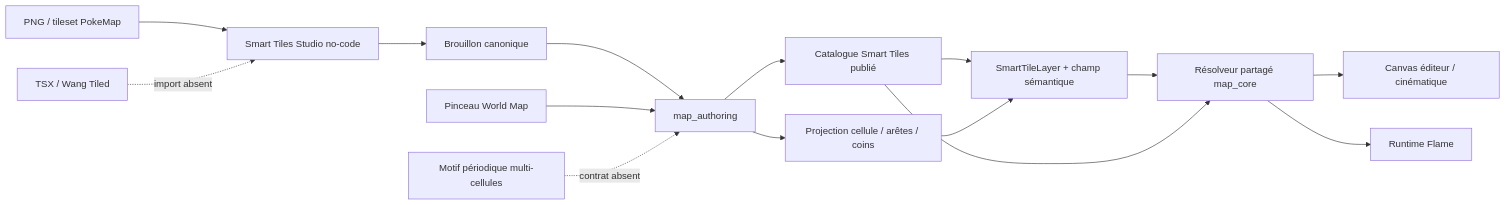
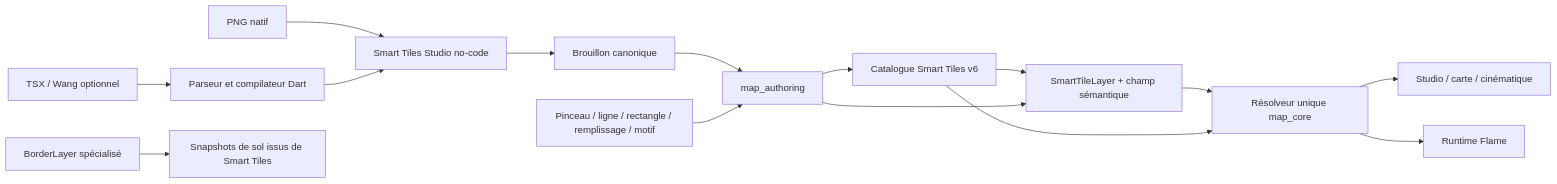
One commit to yoahnl/pokemap changed the diagram in documentation/reports/editor/stn_01_05_smart_tiles_target_audit_2026-08-04.md. Above: the diagram before and after it, drawn with Mermaid. The commit also changed other lines of this file, not shown here.

Commit message:
docs(smart-tiles): close STN audit

````diff
--- a/documentation/reports/editor/stn_01_05_smart_tiles_target_audit_2026-08-04.md
+++ b/documentation/reports/editor/stn_01_05_smart_tiles_target_audit_2026-08-04.md
@@ -61,17 +39,17 @@
 ```mermaid
 flowchart LR
-  PNG["PNG / tileset PokeMap"] --> Studio["Smart Tiles Studio no-code"]
+  PNG["PNG natif"] --> Studio["Smart Tiles Studio no-code"]
+  TSX["TSX / Wang optionnel"] --> Import["Parseur et compilateur Dart"]
+  Import --> Studio
   Studio --> Draft["Brouillon canonique"]
   Draft --> API["map_authoring"]
-  API --> Catalog["Catalogue Smart Tiles publié"]
+  API --> Catalog["Catalogue Smart Tiles v6"]
   Catalog --> Layer["SmartTileLayer + champ sémantique"]
-  Brush["Pinceau World Map"] --> API
-  API --> Gesture["Projection cellule / arêtes / coins"]
-  Gesture --> Layer
-  Layer --> Resolver["Résolveur partagé map_core"]
+  Brush["Pinceau / ligne / rectangle / remplissage / motif"] --> API
+  API --> Layer
+  Layer --> Resolver["Résolveur unique map_core"]
   Catalog --> Resolver
-  Resolver --> Editor["Canvas éditeur / cinématique"]
+  Resolver --> Editor["Studio / carte / cinématique"]
   Resolver --> Runtime["Runtime Flame"]
-  TSX["TSX / Wang Tiled"] -. "import absent" .-> Studio
-  Pattern["Motif périodique multi-cellules"] -. "contrat absent" .-> API
+  Border["BorderLayer spécialisé"] --> BorderGround["Snapshots de sol issus de Smart Tiles"]
 ```
````
